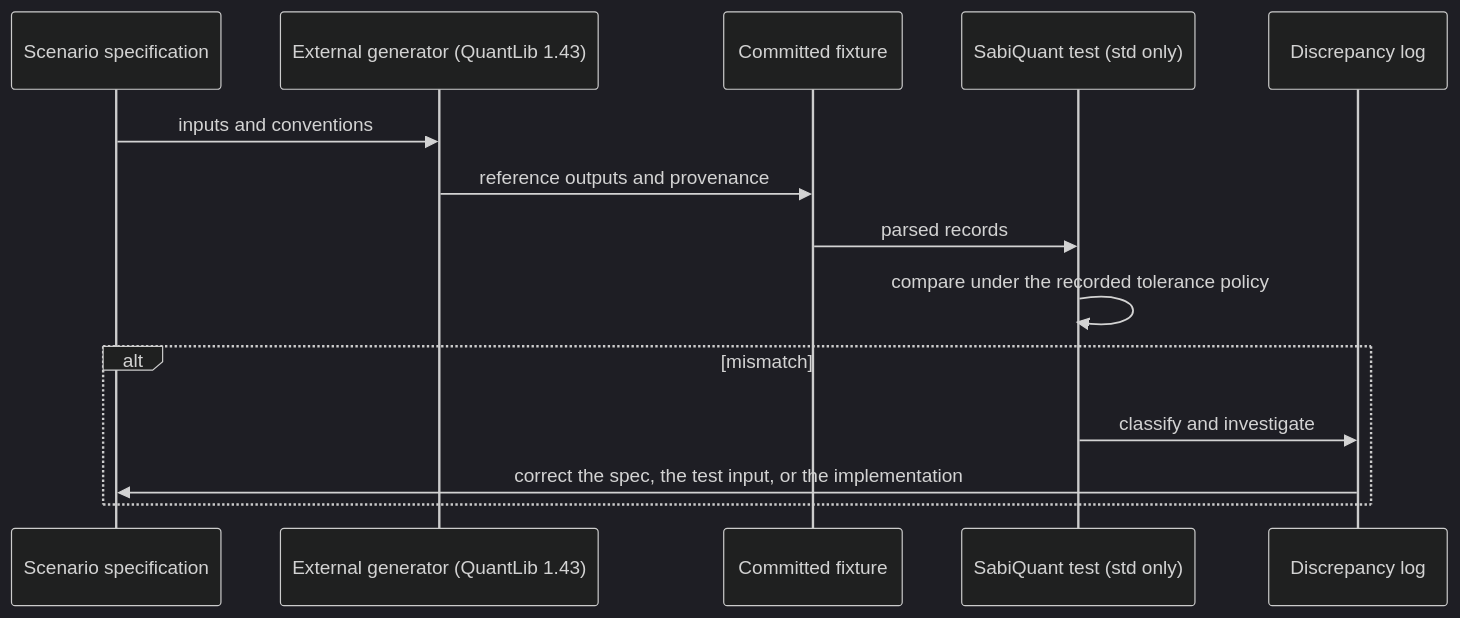
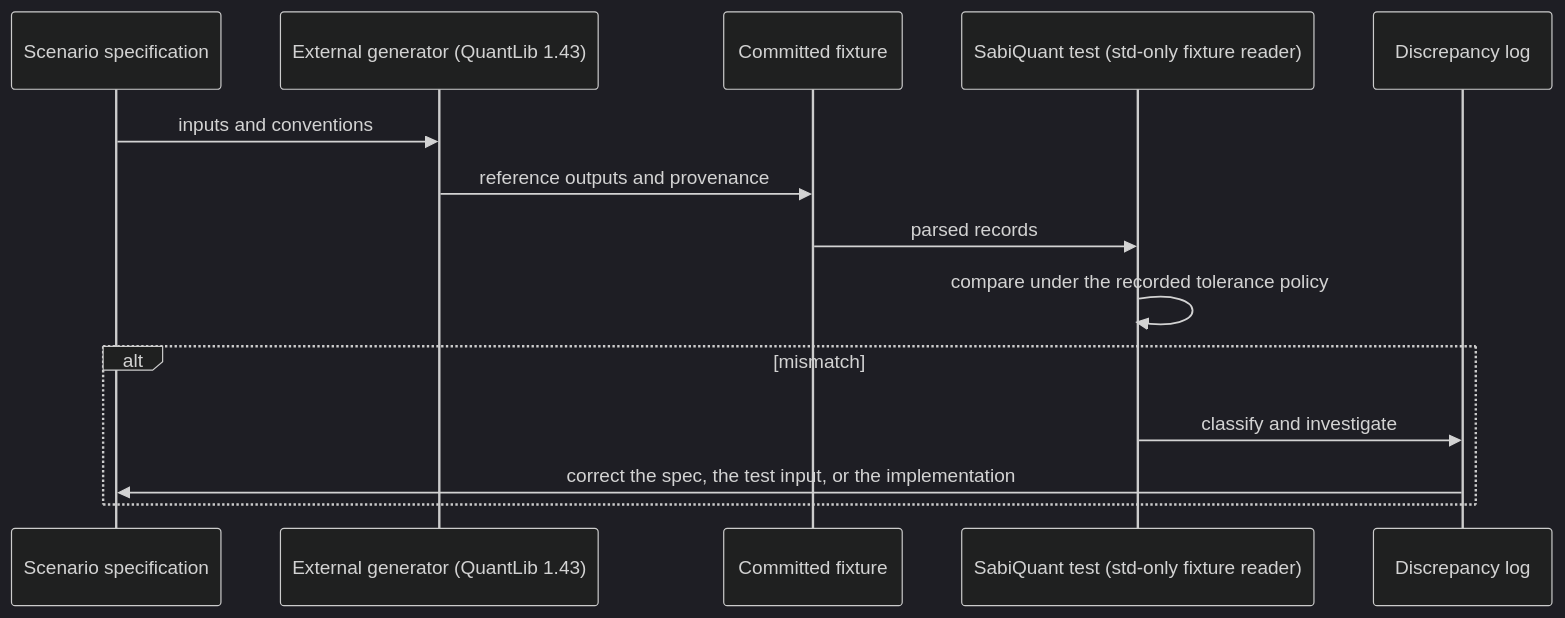
The diagram in docs/TESTING_STRATEGY.md (iceman951/sabiquant), drawn with Mermaid (dark theme) before and after one commit. The commit also changed other lines of this file and 17 other files, not shown here.

````diff
--- a/docs/TESTING_STRATEGY.md
+++ b/docs/TESTING_STRATEGY.md
@@ -208,16 +225,16 @@
 ```mermaid
 sequenceDiagram
   participant Spec as Scenario specification
   participant Gen as External generator (QuantLib 1.43)
   participant Fix as Committed fixture
-  participant Test as SabiQuant test (std only)
+  participant Test as SabiQuant test (std-only fixture reader)
   participant Log as Discrepancy log
   Spec->>Gen: inputs and conventions
   Gen->>Fix: reference outputs and provenance
   Fix->>Test: parsed records
   Test->>Test: compare under the recorded tolerance policy
   alt mismatch
     Test->>Log: classify and investigate
     Log->>Spec: correct the spec, the test input, or the implementation
   end
 ```
````
